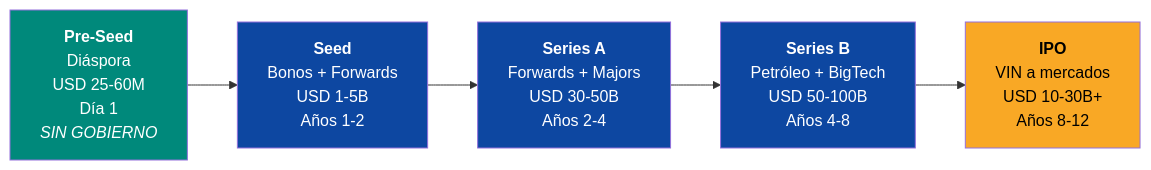
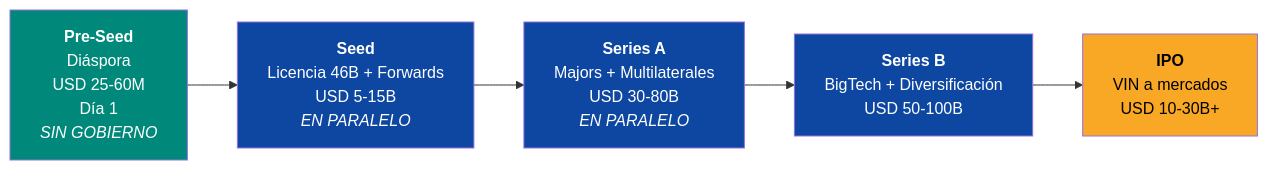
Before and after one commit to Venezuela-S-A/venezuela-sa: the second of 3 diagrams in docs/08-pitch/resumen-ejecutivo.md, drawn with Mermaid. The commit also changed other lines of this file and 2 other files, not shown here.

````diff
--- a/docs/08-pitch/resumen-ejecutivo.md
+++ b/docs/08-pitch/resumen-ejecutivo.md
@@ -52,13 +55,13 @@
 ```mermaid
 flowchart LR
-    PS["<b>Pre-Seed</b><br/>Diáspora<br/>USD 25-60M<br/>Día 1<br/><i>SIN GOBIERNO</i>"] --> S["<b>Seed</b><br/>Bonos + Forwards<br/>USD 1-5B<br/>Años 1-2"]
-    S --> A["<b>Series A</b><br/>Forwards + Majors<br/>USD 30-50B<br/>Años 2-4"]
-    A --> B["<b>Series B</b><br/>Petróleo + BigTech<br/>USD 50-100B<br/>Años 4-8"]
-    B --> IPO["<b>IPO</b><br/>VIN a mercados<br/>USD 10-30B+<br/>Años 8-12"]
+    PS["<b>Pre-Seed</b><br/>Diáspora<br/>USD 25-60M<br/>Día 1<br/><i>SIN GOBIERNO</i>"] --> S["<b>Seed</b><br/>Licencia 46B + Forwards<br/>USD 5-15B<br/><i>EN PARALELO</i>"]
+    S --> A["<b>Series A</b><br/>Majors + Multilaterales<br/>USD 30-80B<br/><i>EN PARALELO</i>"]
+    A --> B["<b>Series B</b><br/>BigTech + Diversificación<br/>USD 50-100B"]
+    B --> IPO["<b>IPO</b><br/>VIN a mercados<br/>USD 10-30B+"]
 
     style PS fill:#00897B,color:#fff
     style S fill:#0D47A1,color:#fff
     style A fill:#0D47A1,color:#fff
     style B fill:#0D47A1,color:#fff
     style IPO fill:#F9A825,color:#000
 ```
````
